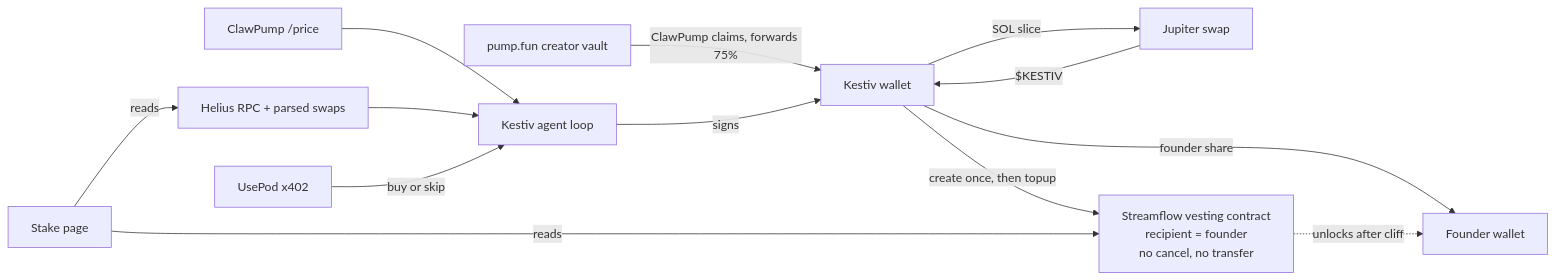
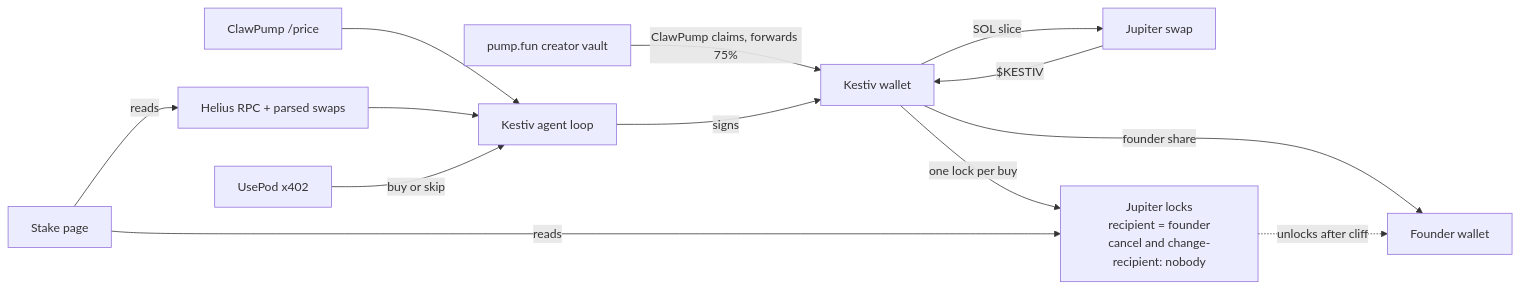
One commit to mystiquemide/kestiv changed the diagram in docs/ARCHITECTURE.md. Above: the diagram before and after it, drawn with Mermaid. The commit also changed other lines of this file and 3 other files, not shown here.

Commit message:
Rewrite README, architecture notes and skill for Jupiter Lock

````diff
--- a/docs/ARCHITECTURE.md
+++ b/docs/ARCHITECTURE.md
@@ -5,15 +5,15 @@
 ```mermaid
 flowchart LR
   P[pump.fun creator vault] -->|ClawPump claims, forwards 75%| W[Kestiv wallet]
   W -->|founder share| F[Founder wallet]
   W -->|SOL slice| J[Jupiter swap]
   J -->|$KESTIV| W
-  W -->|create once, then topup| S[Streamflow vesting contract<br/>recipient = founder<br/>no cancel, no transfer]
+  W -->|one lock per buy| S[Jupiter locks<br/>recipient = founder<br/>cancel and change-recipient: nobody]
   S -.->|unlocks after cliff| F
   CP[ClawPump /price] --> A[Kestiv agent loop]
   H[Helius RPC + parsed swaps] --> A
   U[UsePod x402] -->|buy or skip| A
   A -->|signs| W
   WEB[Stake page] -->|reads| S
   WEB -->|reads| H
 ```
````
